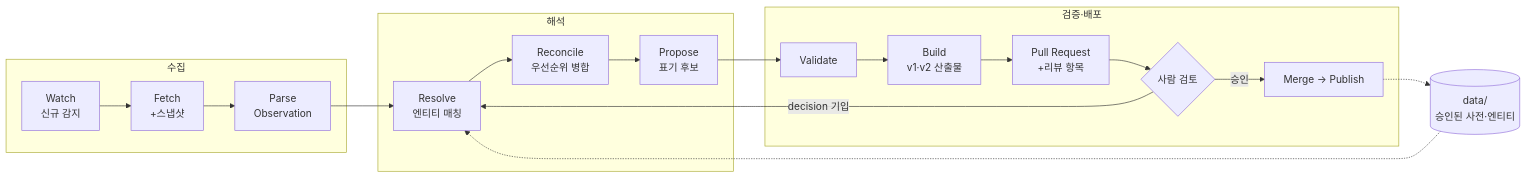
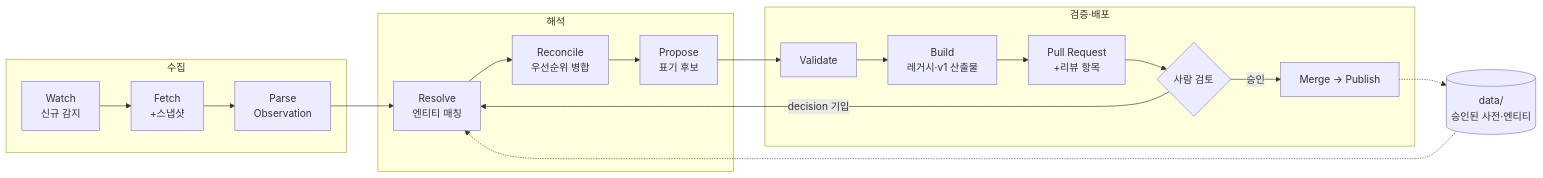
One commit to AuroraCaelum/TakasakiInfo changed the second of 4 diagrams in automation/docs/DESIGN.md. Above: the diagram before and after it, drawn with Mermaid. The commit also changed other lines of this file and 1228 other files, not shown here.

````diff
--- a/automation/docs/DESIGN.md
+++ b/automation/docs/DESIGN.md
@@ -696,22 +696,22 @@
 ```mermaid
 flowchart LR
   subgraph S1[수집]
     W[Watch<br/>신규 감지] --> F[Fetch<br/>+스냅샷]
     F --> P[Parse<br/>Observation]
   end
   subgraph S2[해석]
     P --> R[Resolve<br/>엔티티 매칭]
     R --> C[Reconcile<br/>우선순위 병합]
     C --> N[Propose<br/>표기 후보]
   end
   subgraph S3[검증·배포]
     N --> V[Validate]
-    V --> B[Build<br/>v1·v2 산출물]
+    V --> B[Build<br/>레거시·v1 산출물]
     B --> PR[Pull Request<br/>+리뷰 항목]
     PR --> H{사람 검토}
     H -->|승인| M[Merge → Publish]
     H -->|decision 기입| R
   end
   D[("data/<br/>승인된 사전·엔티티")] -.-> R
   M -.-> D
 ```
````
